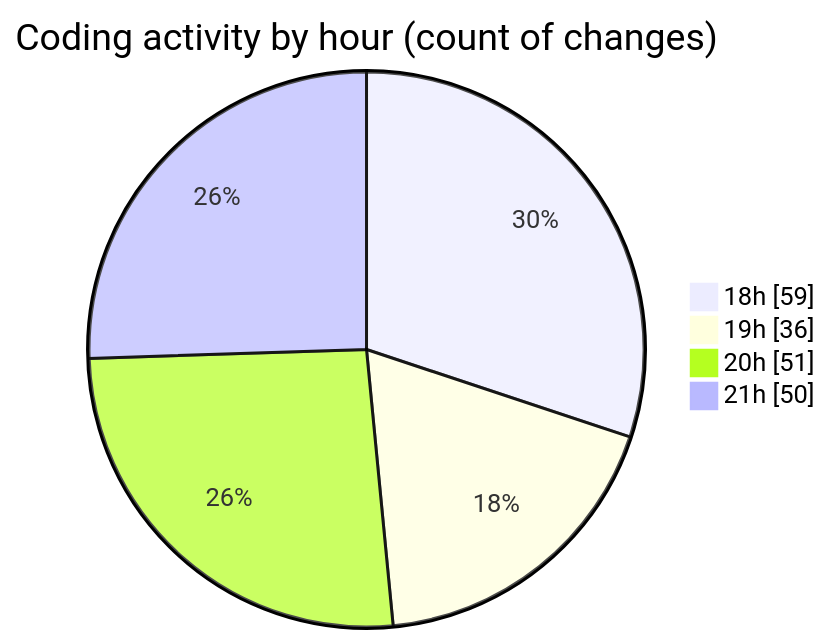
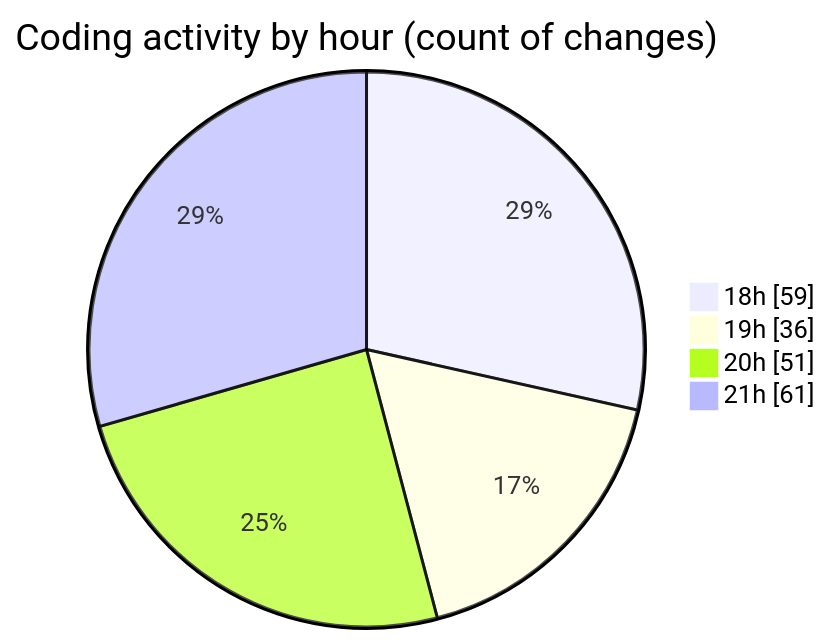
Before and after one commit to Netris89/code-tracking: the second of 2 diagrams in 2025-04-02/back-end/README.md, drawn with Mermaid. The commit also changed other lines of this file and 1 other file, not shown here.

````diff
--- a/2025-04-02/back-end/README.md
+++ b/2025-04-02/back-end/README.md
@@ -41,8 +42,8 @@
 ```mermaid
 pie showData
 title Coding activity by hour (count of changes)
 "18h" : 59
 "19h" : 36
 "20h" : 51
-"21h" : 50
+"21h" : 61
 ```
````
